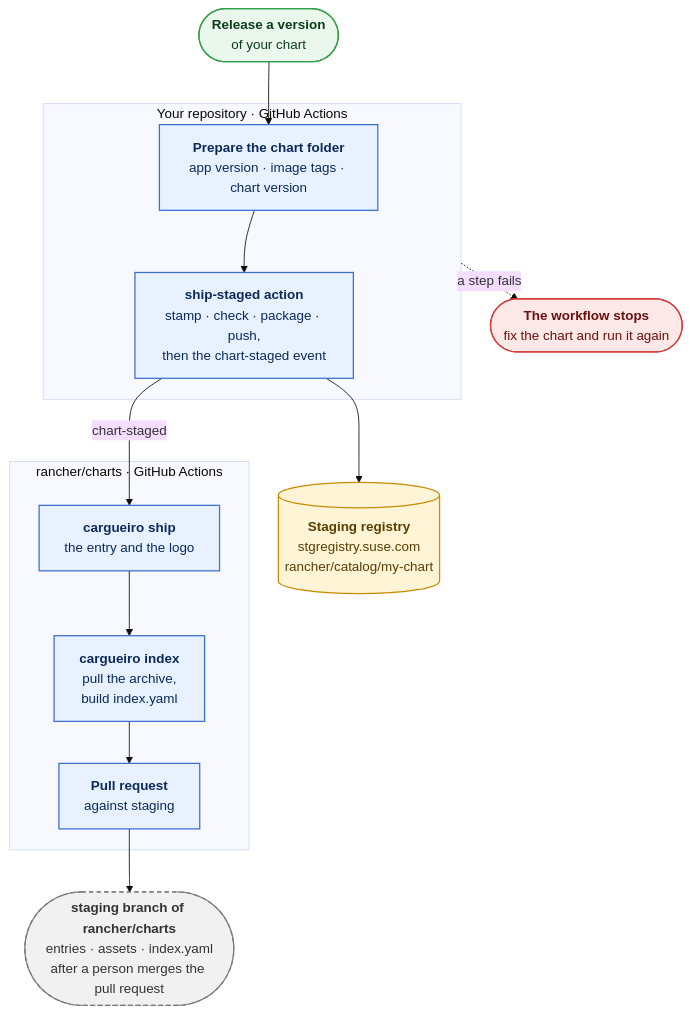
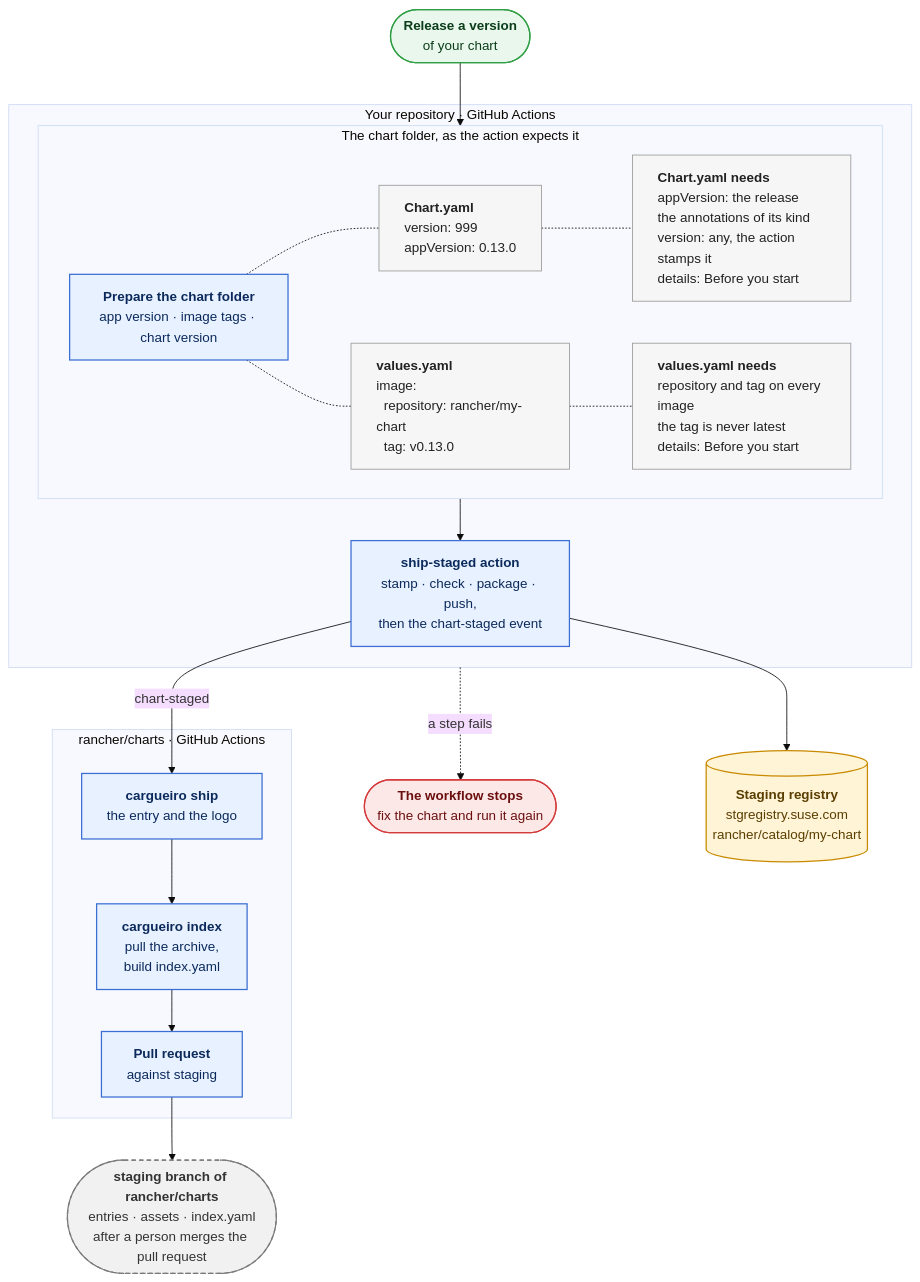
The diagram in docs/CHART_OWNER.md (nicholasSUSE/cargueiro), drawn with Mermaid (base theme) before and after one commit. The commit also changed other lines of this file, not shown here.

Commit message:
docs(chart-owner): add a before-you-start section with the chart folder

````diff
--- a/docs/CHART_OWNER.md
+++ b/docs/CHART_OWNER.md
@@ -7,39 +83,52 @@
 ```mermaid
 flowchart TD
     start(["<b>Release a version</b><br/>of your chart"])
 
     subgraph owner["Your repository · GitHub Actions"]
-        prepare["<b>Prepare the chart folder</b><br/>app version · image tags · chart version"]
+        subgraph prep["The chart folder, as the action expects it"]
+            direction LR
+            prepare["<b>Prepare the chart folder</b><br/>app version · image tags · chart version"]
+            chartFile["<b>Chart.yaml</b><br/>version: 999<br/>appVersion: 0.13.0"]
+            valuesFile["<b>values.yaml</b><br/>image:<br/>&nbsp;&nbsp;repository: rancher/my-chart<br/>&nbsp;&nbsp;tag: v0.13.0"]
+            chartRules["<b>Chart.yaml needs</b><br/>appVersion: the release<br/>the annotations of its kind<br/>version: any, the action stamps it<br/>details: Before you start"]
+            prepare -.- chartFile
+            chartFile -.- chartRules
+            valuesRules["<b>values.yaml needs</b><br/>repository and tag on every image<br/>the tag is never latest<br/>details: Before you start"]
+            prepare -.- valuesFile
+            valuesFile -.- valuesRules
+        end
         action["<b>ship-staged action</b><br/>stamp · check · package · push,<br/>then the chart-staged event"]
-        prepare --> action
+        prep --> action
     end
 
     failed(["<b>The workflow stops</b><br/>fix the chart and run it again"])
     registry[("<b>Staging registry</b><br/>stgregistry.suse.com<br/>rancher/catalog/my-chart")]
 
     subgraph charts["rancher/charts · GitHub Actions"]
         ship["<b>cargueiro ship</b><br/>the entry and the logo"]
         index["<b>cargueiro index</b><br/>pull the archive,<br/>build index.yaml"]
         pr["<b>Pull request</b><br/>against staging"]
         ship --> index --> pr
     end
 
     staging(["<b>staging branch of rancher/charts</b><br/>entries · assets · index.yaml<br/>after a person merges the pull request"])
 
-    start --> prepare
+    start --> prep
     owner -. "a step fails" .-> failed
     action --> registry
     action -- "chart-staged" --> ship
     pr --> staging
 
     classDef cmd fill:#e8f1ff,stroke:#3b6fd4,stroke-width:1.5px,color:#0b2a5b
     classDef store fill:#fff4d6,stroke:#c98a00,stroke-width:1.5px,color:#5a3d00
     classDef stop fill:#fde8e8,stroke:#d43b3b,stroke-width:1.5px,color:#6b0f0f
     classDef todo fill:#f1f1f1,stroke:#7a7a7a,stroke-width:1.5px,stroke-dasharray:5 4,color:#333
     classDef begin fill:#e9f7ec,stroke:#2f9e44,stroke-width:1.5px,color:#0b3d1a
+    classDef file fill:#f6f6f6,stroke:#999,stroke-width:1px,color:#222,text-align:left
     class prepare,action,ship,index,pr cmd
+    class chartFile,chartRules,valuesFile,valuesRules file
     class registry store
     class failed stop
     class staging todo
     class start begin
 ```
````
